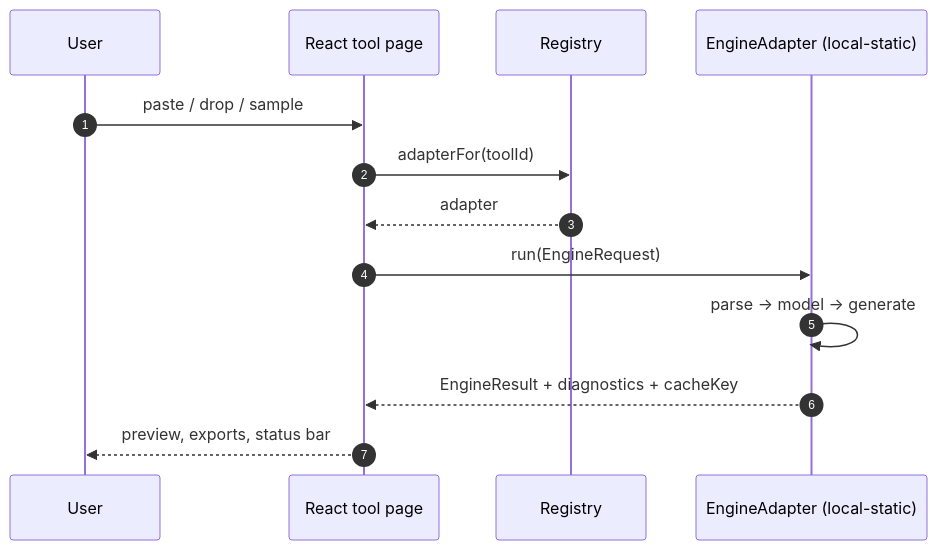
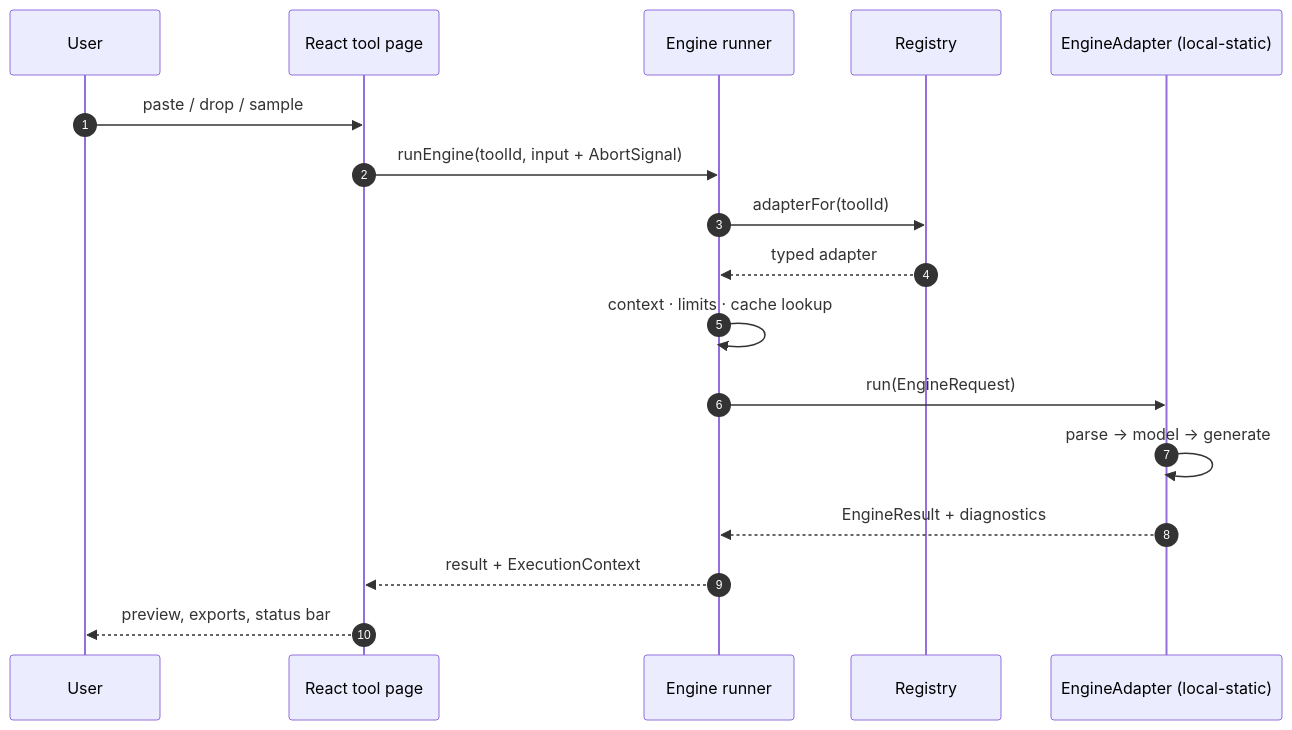
One commit to HyangDan2/ADOP0001 changed the second of 10 diagrams in ARCHITECTURE.md. Above: the diagram before and after it, drawn with Mermaid. The commit also changed other lines of this file and 3 other files, not shown here.

````diff
--- a/ARCHITECTURE.md
+++ b/ARCHITECTURE.md
@@ -71,15 +74,19 @@
 ```mermaid
 sequenceDiagram
   autonumber
   participant U as User
   participant UI as React tool page
+  participant RN as Engine runner
   participant R as Registry
   participant A as EngineAdapter (local-static)
   U->>UI: paste / drop / sample
-  UI->>R: adapterFor(toolId)
-  R-->>UI: adapter
-  UI->>A: run(EngineRequest)
+  UI->>RN: runEngine(toolId, input + AbortSignal)
+  RN->>R: adapterFor(toolId)
+  R-->>RN: typed adapter
+  RN->>RN: context · limits · cache lookup
+  RN->>A: run(EngineRequest)
   A->>A: parse → model → generate
-  A-->>UI: EngineResult + diagnostics + cacheKey
+  A-->>RN: EngineResult + diagnostics
+  RN-->>UI: result + ExecutionContext
   UI-->>U: preview, exports, status bar
 ```
````
